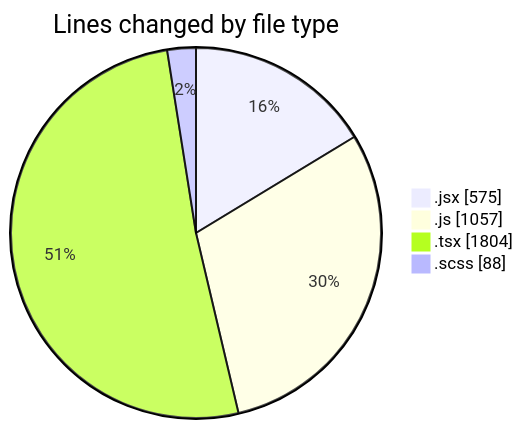
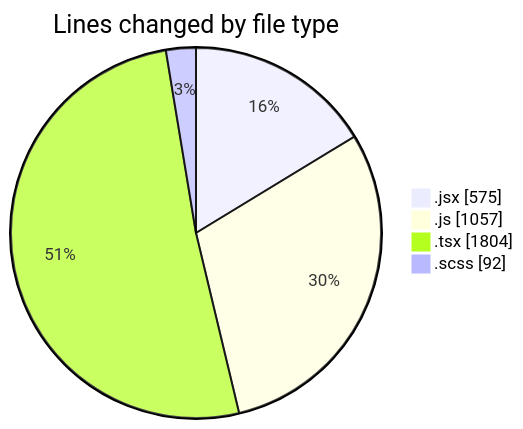
The first of 2 diagrams in 2026-02-12/cda/README.md (momahboobian/code-tracking), drawn with Mermaid before and after one commit. The commit also changed other lines of this file and 1 other file, not shown here.

````diff
--- a/2026-02-12/cda/README.md
+++ b/2026-02-12/cda/README.md
@@ -31,8 +31,8 @@
 ```mermaid
 pie showData
 title Lines changed by file type
 ".jsx" : 575
 ".js" : 1057
 ".tsx" : 1804
-".scss" : 88
+".scss" : 92
 ```
````
